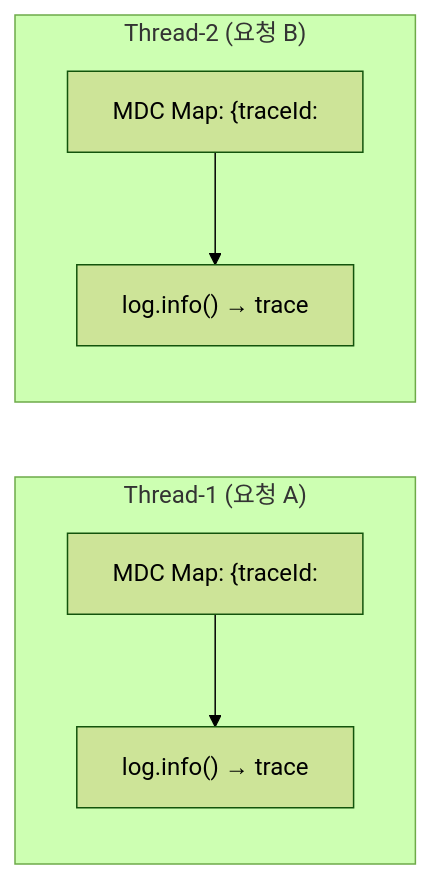
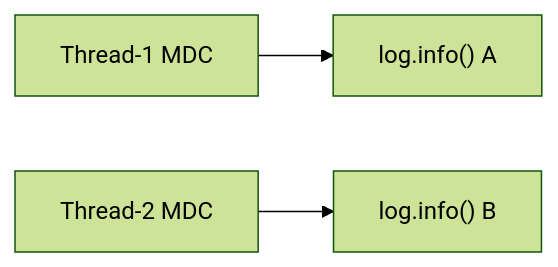
One commit to yjkim2015/yjkim2015.github.io changed the first of 3 diagrams in _posts/spring/2026-05-01-spring-mdc.md. Above: the diagram before and after it, drawn with Mermaid (forest theme). The commit also changed 155 other files, not shown here.

First line of the commit message:
Mermaid 전면 수정: subgraph 제거, participant/노드/줄수 축소 (342블록)

````diff
--- a/_posts/spring/2026-05-01-spring-mdc.md
+++ b/_posts/spring/2026-05-01-spring-mdc.md
@@ -47,13 +47,5 @@
 ```mermaid
 graph LR
-    subgraph "Thread-1 (요청 A)"
-        M1["MDC Map: {traceId:"]
-        L1["log.info() → trace"]
-        M1 --> L1
-    end
-    subgraph "Thread-2 (요청 B)"
-        M2["MDC Map: {traceId:"]
-        L2["log.info() → trace"]
-        M2 --> L2
-    end
+    M1["Thread-1 MDC"] --> L1["log.info() A"]
+    M2["Thread-2 MDC"] --> L2["log.info() B"]
 ```
````
